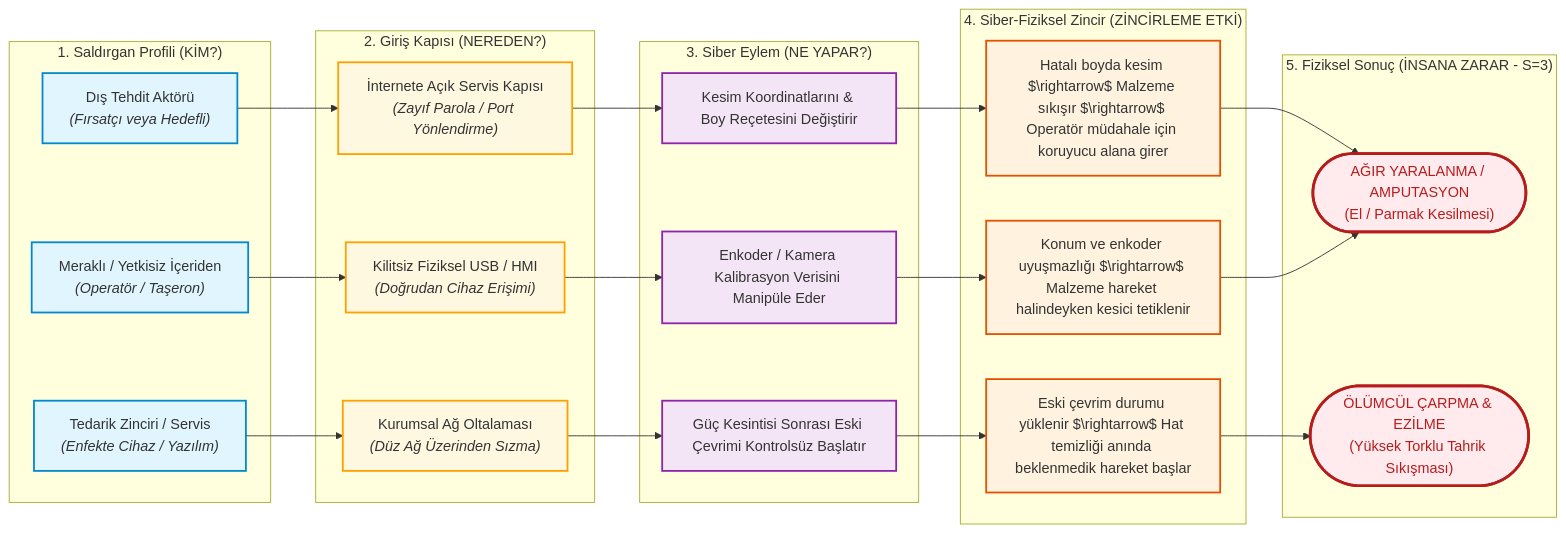
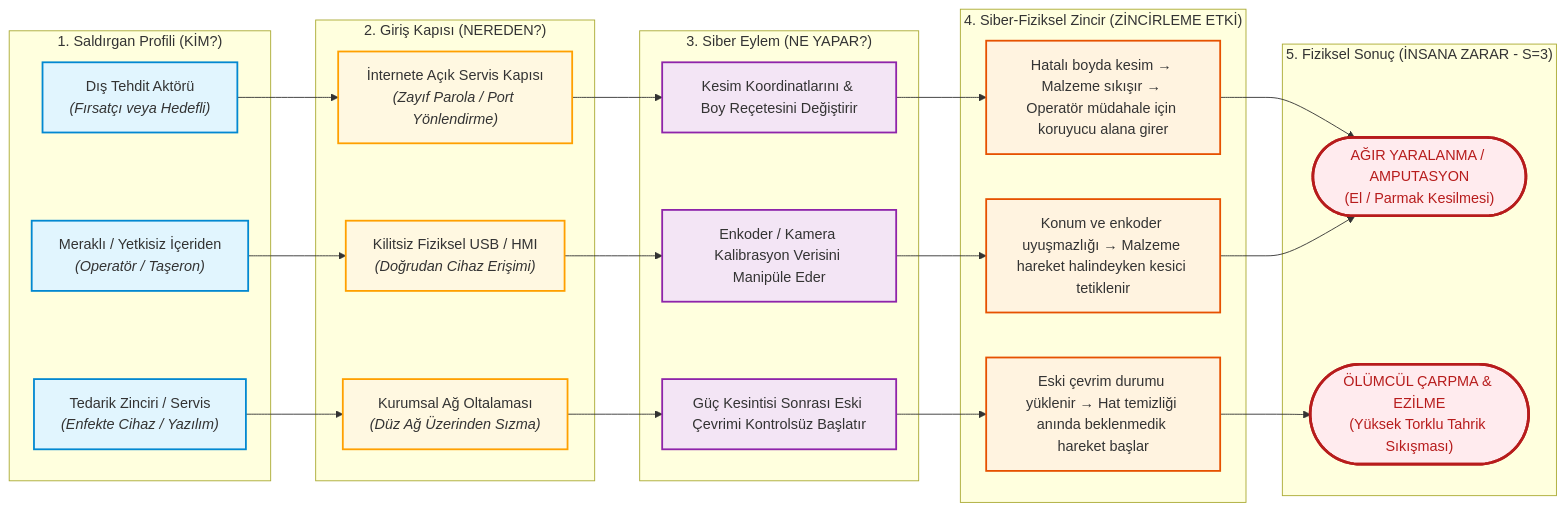
Before and after one commit to Faruk-Aydn/safetyArchitecture: the diagram in diagrams/attack-tree-risk.mmd, drawn with Mermaid. The commit also changed 5 other files, not shown here.

Commit message:
fix(diagrams): correct mermaid syntax for github rendering

```diff
--- a/diagrams/attack-tree-risk.mmd
+++ b/diagrams/attack-tree-risk.mmd
@@ -1,45 +1,45 @@
 flowchart LR
     subgraph ATTACKER["1. Saldırgan Profili (KİM?)"]
         EXT_ATT["Dış Tehdit Aktörü<br/><i>(Fırsatçı veya Hedefli)</i>"]
         INSIDER["Meraklı / Yetkisiz İçeriden<br/><i>(Operatör / Taşeron)</i>"]
         SUPPLY["Tedarik Zinciri / Servis<br/><i>(Enfekte Cihaz / Yazılım)</i>"]
     end
 
     subgraph ENTRY["2. Giriş Kapısı (NEREDEN?)"]
         DOOR_NET["İnternete Açık Servis Kapısı<br/><i>(Zayıf Parola / Port Yönlendirme)</i>"]
         DOOR_USB["Kilitsiz Fiziksel USB / HMI<br/><i>(Doğrudan Cihaz Erişimi)</i>"]
         DOOR_PHISH["Kurumsal Ağ Oltalaması<br/><i>(Düz Ağ Üzerinden Sızma)</i>"]
     end
 
     subgraph ACTION["3. Siber Eylem (NE YAPAR?)"]
         ACT_COORD["Kesim Koordinatlarını & Boy Reçetesini Değiştirir"]
         ACT_ENC["Enkoder / Kamera Kalibrasyon Verisini Manipüle Eder"]
         ACT_RESET["Güç Kesintisi Sonrası Eski Çevrimi Kontrolsüz Başlatır"]
     end
 
     subgraph CHAIN["4. Siber-Fiziksel Zincir (ZİNCİRLEME ETKİ)"]
-        CH_JAM["Hatalı boyda kesim $\rightarrow$ Malzeme sıkışır $\rightarrow$ Operatör müdahale için koruyucu alana girer"]
-        CH_DESYNC["Konum ve enkoder uyuşmazlığı $\rightarrow$ Malzeme hareket halindeyken kesici tetiklenir"]
-        CH_RESTART["Eski çevrim durumu yüklenir $\rightarrow$ Hat temizliği anında beklenmedik hareket başlar"]
+        CH_JAM["Hatalı boyda kesim → Malzeme sıkışır → Operatör müdahale için koruyucu alana girer"]
+        CH_DESYNC["Konum ve enkoder uyuşmazlığı → Malzeme hareket halindeyken kesici tetiklenir"]
+        CH_RESTART["Eski çevrim durumu yüklenir → Hat temizliği anında beklenmedik hareket başlar"]
     end
 
     subgraph CONSEQUENCE["5. Fiziksel Sonuç (İNSANA ZARAR - S=3)"]
         HARM1(["AĞIR YARALANMA / AMPUTASYON<br/>(El / Parmak Kesilmesi)"])
         HARM2(["ÖLÜMCÜL ÇARPMA & EZİLME<br/>(Yüksek Torklu Tahrik Sıkışması)"])
     end
 
     EXT_ATT --> DOOR_NET --> ACT_COORD --> CH_JAM --> HARM1
     INSIDER --> DOOR_USB --> ACT_ENC --> CH_DESYNC --> HARM1
     SUPPLY --> DOOR_PHISH --> ACT_RESET --> CH_RESTART --> HARM2
 
     classDef attacker fill:#e1f5fe,stroke:#0288d1,stroke-width:2px;
     classDef entry fill:#fff8e1,stroke:#ffa000,stroke-width:2px;
     classDef action fill:#f3e5f5,stroke:#8e24aa,stroke-width:2px;
     classDef chain fill:#fff3e0,stroke:#e65100,stroke-width:2px;
     classDef consequence fill:#ffebee,stroke:#b71c1c,stroke-width:3px,color:#b71c1c;
 
     class EXT_ATT,INSIDER,SUPPLY attacker;
     class DOOR_NET,DOOR_USB,DOOR_PHISH entry;
     class ACT_COORD,ACT_ENC,ACT_RESET action;
     class CH_JAM,CH_DESYNC,CH_RESTART chain;
     class HARM1,HARM2 consequence;
```
